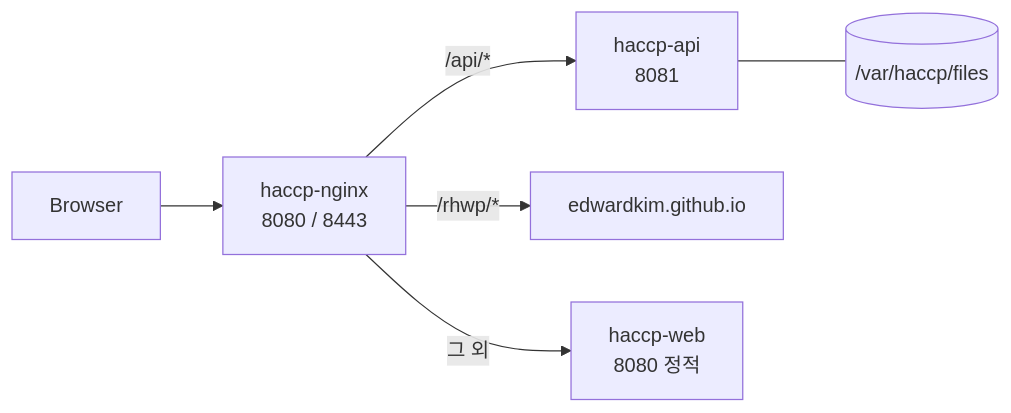
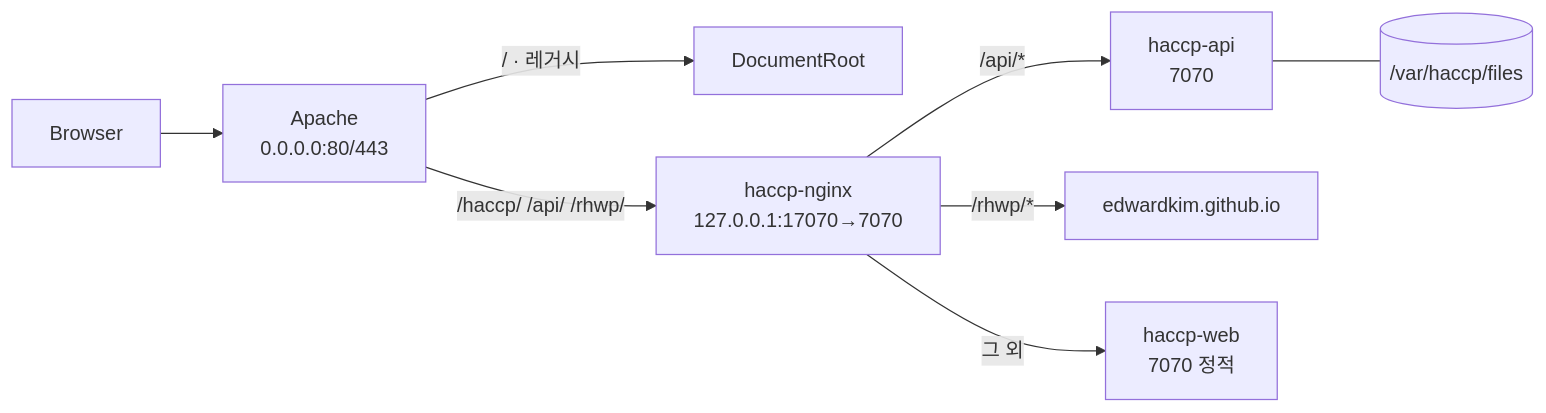
Before and after one commit to k971230/haccp: the first of 2 diagrams in docs/12_배포_런북.md, drawn with Mermaid. The commit also changed other lines of this file and 18 other files, not shown here.

First line of the commit message:
feat(infra): Apache Path 분기와 edge 루프백 17070·내부 7070 통일

````diff
--- a/docs/12_배포_런북.md
+++ b/docs/12_배포_런북.md
@@ -250,8 +250,10 @@
 ```mermaid
 flowchart LR
-  Browser --> Edge["haccp-nginx<br/>8080 / 8443"]
-  Edge -->|"/api/*"| Api["haccp-api<br/>8081"]
+  Browser --> Apache["Apache<br/>0.0.0.0:80/443"]
+  Apache -->|"/ · 레거시"| Legacy["DocumentRoot"]
+  Apache -->|"/haccp/ /api/ /rhwp/"| Edge["haccp-nginx<br/>127.0.0.1:17070→7070"]
+  Edge -->|"/api/*"| Api["haccp-api<br/>7070"]
   Edge -->|"/rhwp/*"| Studio["edwardkim.github.io"]
-  Edge -->|"그 외"| Web["haccp-web<br/>8080 정적"]
+  Edge -->|"그 외"| Web["haccp-web<br/>7070 정적"]
   Api --- Files[("/var/haccp/files")]
 ```
````
